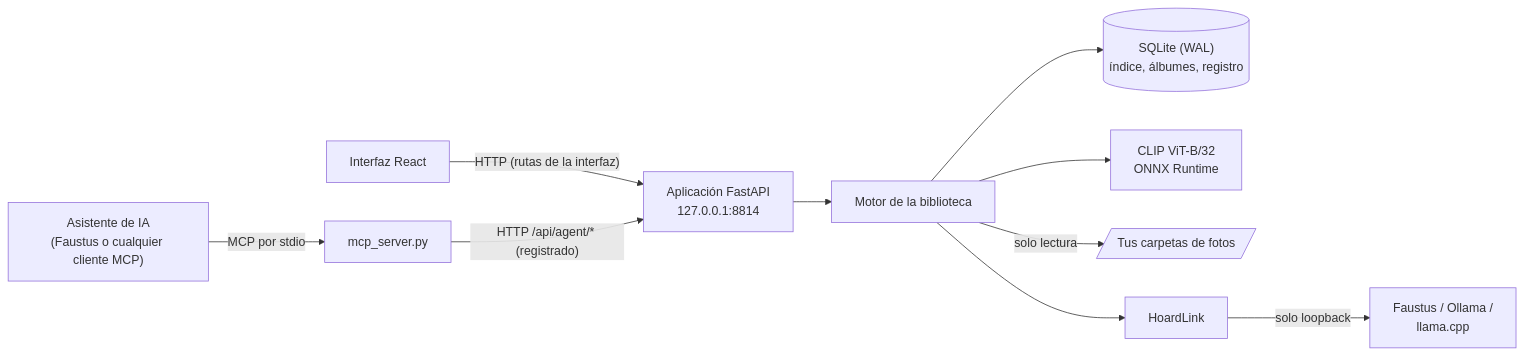
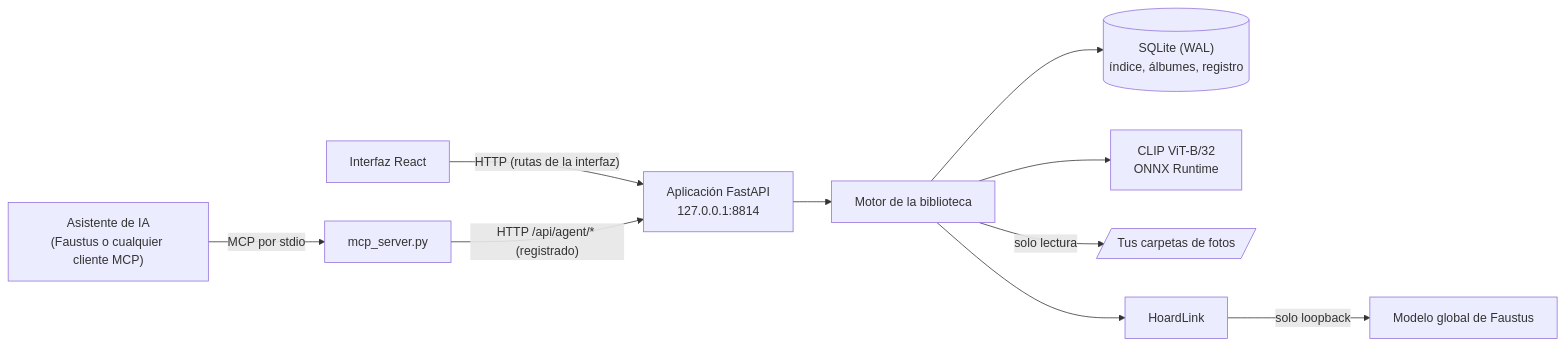
The diagram in README.es.md (Luissalet/DaguerresHoard), drawn with Mermaid before and after one commit. The commit also changed other lines of this file and 13 other files, not shown here.

````diff
--- a/README.es.md
+++ b/README.es.md
@@ -322,11 +318,11 @@
 ```mermaid
 flowchart LR
     UI["Interfaz React"] -->|"HTTP (rutas de la interfaz)"| API["Aplicación FastAPI<br/>127.0.0.1:8814"]
     AI["Asistente de IA<br/>(Faustus o cualquier cliente MCP)"] -->|"MCP por stdio"| MCP["mcp_server.py"]
     MCP -->|"HTTP /api/agent/* (registrado)"| API
     API --> ENG["Motor de la biblioteca"]
     ENG --> DB[("SQLite (WAL)<br/>índice, álbumes, registro")]
     ENG --> CLIP["CLIP ViT-B/32<br/>ONNX Runtime"]
     ENG -->|"solo lectura"| PICS[/"Tus carpetas de fotos"/]
-    ENG --> HL["HoardLink"] -->|"solo loopback"| LLM["Faustus / Ollama /<br/>llama.cpp"]
+    ENG --> HL["HoardLink"] -->|"solo loopback"| LLM["Modelo global de Faustus"]
 ```
````
